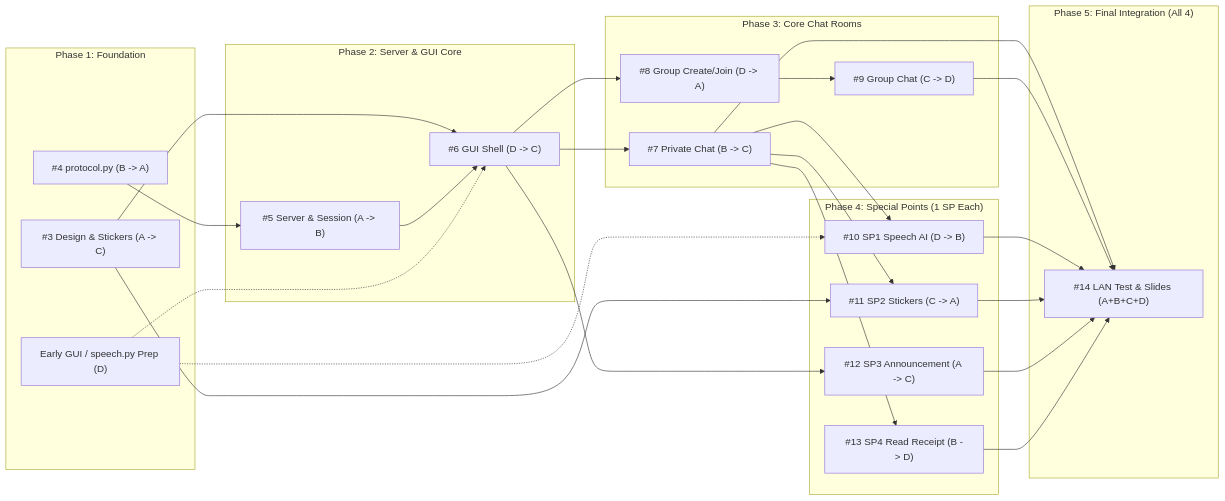
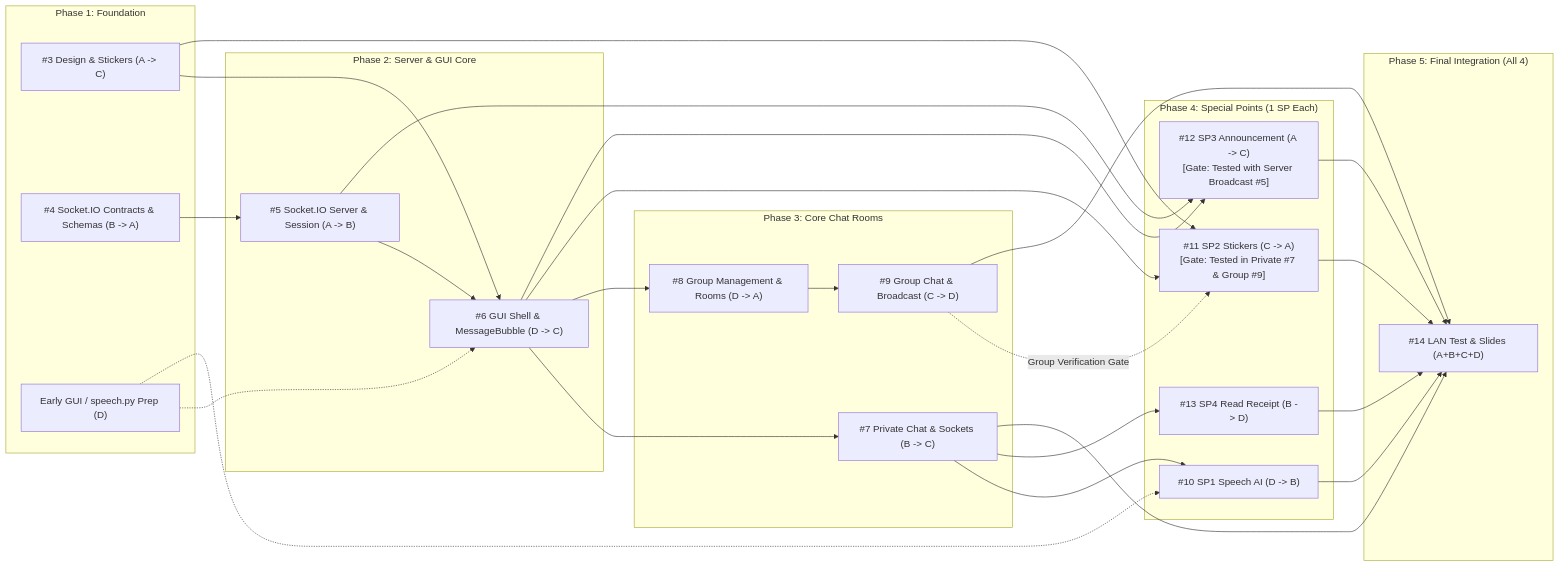
Before and after one commit to sininant/Simple-Chat-Application: the diagram in docs/team-work-plan.md, drawn with Mermaid. The commit also changed other lines of this file, not shown here.

Commit message:
docs(plan): update workflow with Socket.IO architecture and integration gates for #11 and #12

````diff
--- a/docs/team-work-plan.md
+++ b/docs/team-work-plan.md
@@ -105,50 +105,51 @@
 ```mermaid
 flowchart LR
     subgraph P1["Phase 1: Foundation"]
         T3["#3 Design & Stickers (A -> C)"]
-        T4["#4 protocol.py (B -> A)"]
+        T4["#4 Socket.IO Contracts & Schemas (B -> A)"]
         Prep["Early GUI / speech.py Prep (D)"]
     end
 
     subgraph P2["Phase 2: Server & GUI Core"]
-        T5["#5 Server & Session (A -> B)"]
-        T6["#6 GUI Shell (D -> C)"]
+        T5["#5 Socket.IO Server & Session (A -> B)"]
+        T6["#6 GUI Shell & MessageBubble (D -> C)"]
     end
 
     subgraph P3["Phase 3: Core Chat Rooms"]
-        T7["#7 Private Chat (B -> C)"]
-        T8["#8 Group Create/Join (D -> A)"]
-        T9["#9 Group Chat (C -> D)"]
+        T7["#7 Private Chat & Sockets (B -> C)"]
+        T8["#8 Group Management & Rooms (D -> A)"]
+        T9["#9 Group Chat & Broadcast (C -> D)"]
     end
 
     subgraph P4["Phase 4: Special Points (1 SP Each)"]
         T10["#10 SP1 Speech AI (D -> B)"]
-        T11["#11 SP2 Stickers (C -> A)"]
-        T12["#12 SP3 Announcement (A -> C)"]
+        T11["#11 SP2 Stickers (C -> A)<br/>[Gate: Tested in Private #7 & Group #9]"]
+        T12["#12 SP3 Announcement (A -> C)<br/>[Gate: Tested with Server Broadcast #5]"]
         T13["#13 SP4 Read Receipt (B -> D)"]
     end
 
     subgraph P5["Phase 5: Final Integration (All 4)"]
         T14["#14 LAN Test & Slides (A+B+C+D)"]
     end
 
     T4 --> T5
     T3 --> T6
     T5 --> T6
     T6 --> T7
     T6 --> T8
     T8 --> T9
     Prep -.-> T6
     Prep -.-> T10
     T7 --> T10
     T3 --> T11
-    T7 --> T11
-    T6 --> T12
+    T6 --> T11
+    T9 -.->|Group Verification Gate| T11
+    T5 & T6 --> T12
     T7 --> T13
     T7 --> T14
     T9 --> T14
     T10 --> T14
     T11 --> T14
     T12 --> T14
     T13 --> T14
 ```
````
